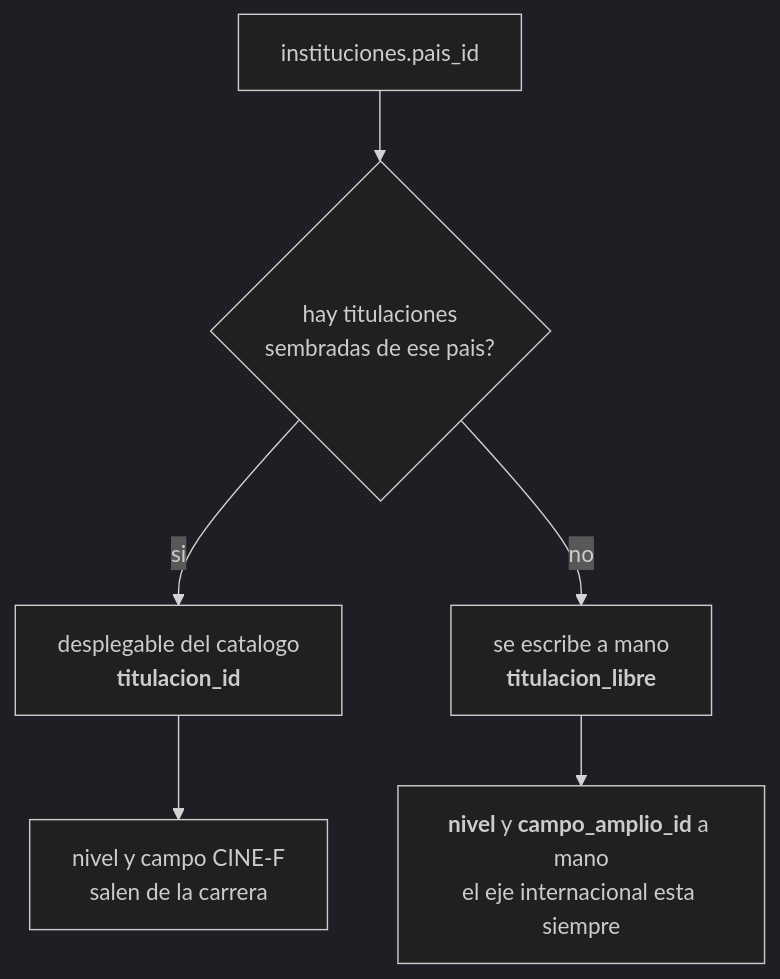
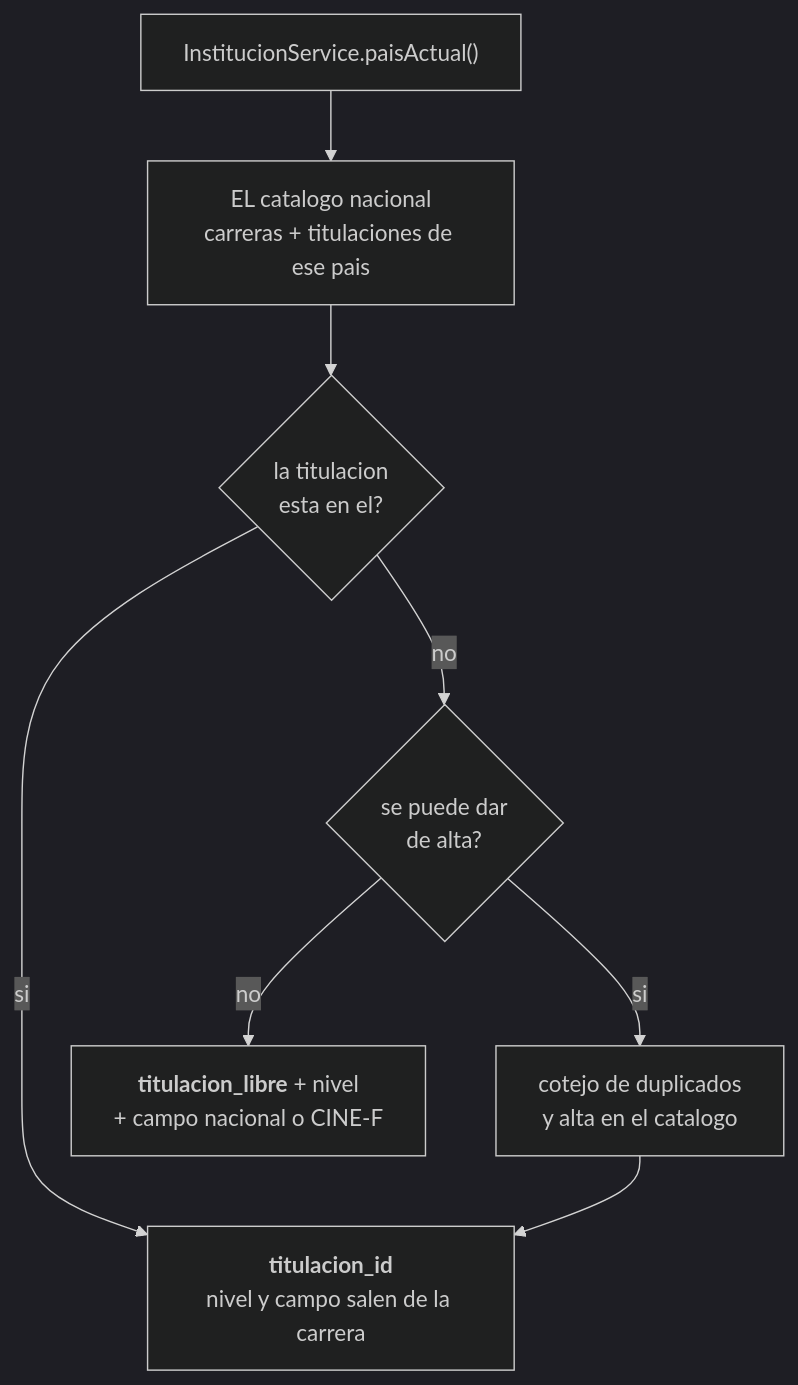
One commit to fresvel/deasy changed the seventh of 8 diagrams in docs/src/content/docs/complemento/expediente.md. Above: the diagram before and after it, drawn with Mermaid (dark theme). The commit also changed other lines of this file and 2 other files, not shown here.

````diff
--- a/docs/src/content/docs/complemento/expediente.md
+++ b/docs/src/content/docs/complemento/expediente.md
@@ -469,8 +509,10 @@
 ```mermaid
 flowchart TB
-  I["instituciones.pais_id"] --> Q{"hay titulaciones<br/>sembradas de ese pais?"}
-  Q -->|si| A["desplegable del catalogo<br/><b>titulacion_id</b>"]
-  Q -->|no| B["se escribe a mano<br/><b>titulacion_libre</b>"]
-  A --> C["nivel y campo CINE-F<br/>salen de la carrera"]
-  B --> D["<b>nivel</b> y <b>campo_amplio_id</b> a mano<br/>el eje internacional esta siempre"]
+  I["InstitucionService.paisActual()"] --> C["EL catalogo nacional<br/>carreras + titulaciones de ese pais"]
+  C --> Q{"la titulacion<br/>esta en el?"}
+  Q -->|si| A["<b>titulacion_id</b><br/>nivel y campo salen de la carrera"]
+  Q -->|no| N{"se puede dar<br/>de alta?"}
+  N -->|si| D["cotejo de duplicados<br/>y alta en el catalogo"]
+  N -->|no| L["<b>titulacion_libre</b> + nivel<br/>+ campo nacional o CINE-F"]
+  D --> A
 ```
````
